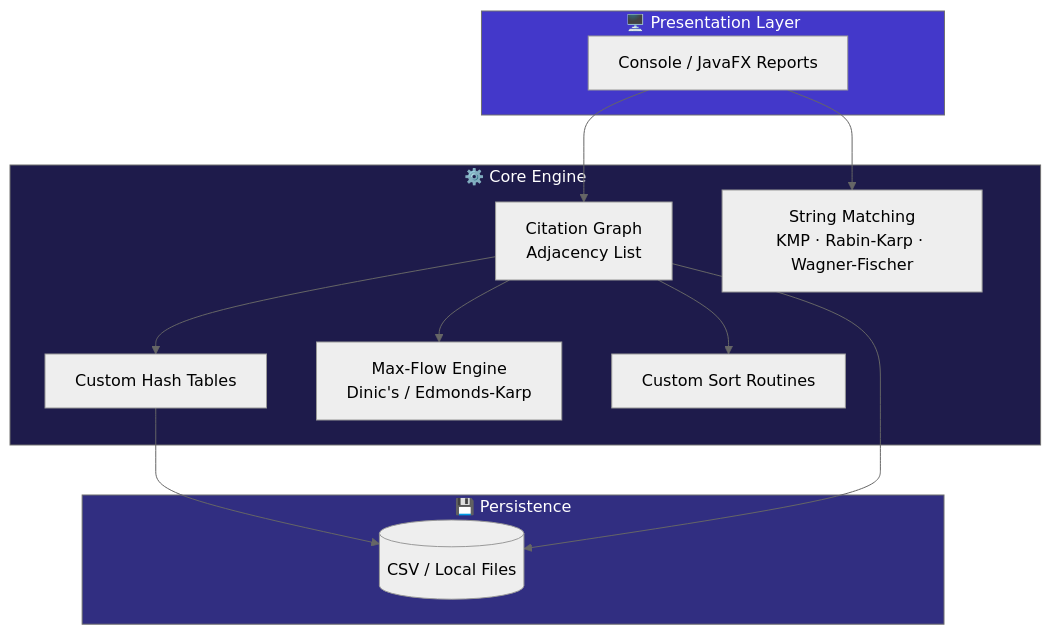
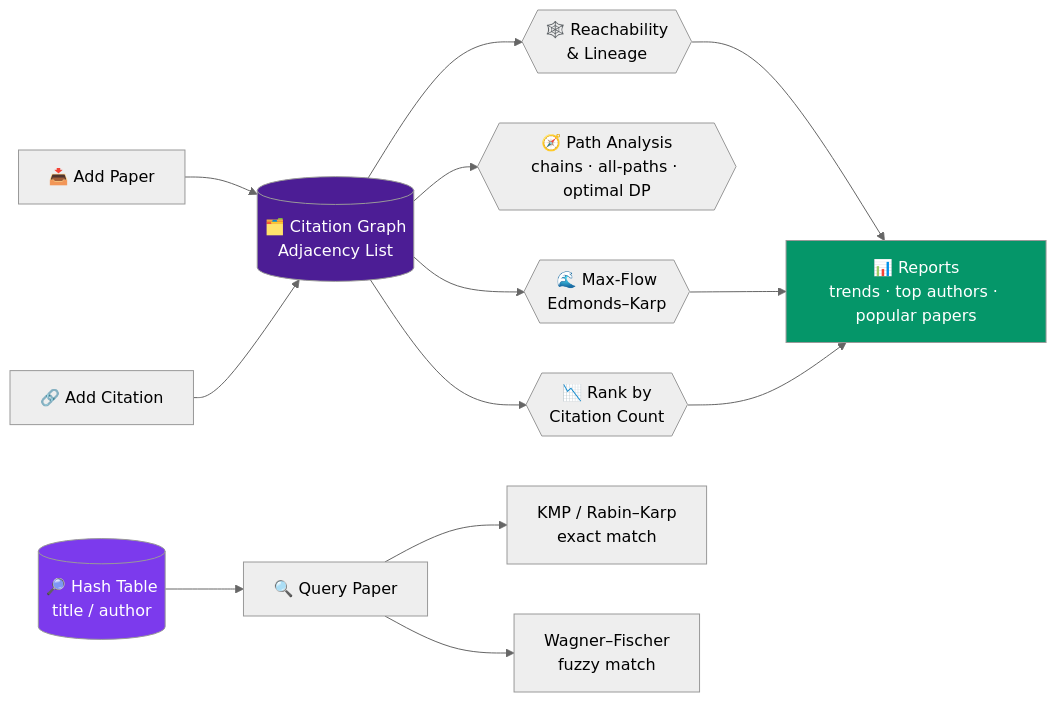
One commit to venkataramavinaybandla-crypto/DSA-3_Projects changed the third of 5 diagrams in README.md. Above: the diagram before and after it, drawn with Mermaid (neutral theme). The commit also changed other lines of this file and 5 other files, not shown here.

````diff
--- a/README.md
+++ b/README.md
@@ -109,28 +220,19 @@
 ```mermaid
-graph TD
-    subgraph Presentation["🖥️ Presentation Layer"]
-        UI[Console / JavaFX Reports]
-    end
-    subgraph Core["⚙️ Core Engine"]
-        Graph[Citation Graph<br/>Adjacency List]
-        Hash[Custom Hash Tables]
-        Search[String Matching<br/>KMP · Rabin-Karp · Wagner-Fischer]
-        Flow[Max-Flow Engine<br/>Dinic's / Edmonds-Karp]
-        Sort[Custom Sort Routines]
-    end
-    subgraph Storage["💾 Persistence"]
-        CSV[(CSV / Local Files)]
-    end
+flowchart LR
+    A["📥 Add Paper"] --> G[("🗂️ Citation Graph<br/>Adjacency List")]
+    C["🔗 Add Citation"] --> G
+    G --> T{{"🕸️ Reachability<br/>& Lineage"}}
+    G --> P{{"🧭 Path Analysis<br/>chains · all-paths · optimal DP"}}
+    G --> F{{"🌊 Max-Flow<br/>Edmonds–Karp"}}
+    G --> S{{"📉 Rank by<br/>Citation Count"}}
+    H[("🔎 Hash Table<br/>title / author")] --> Q["🔍 Query Paper"]
+    Q --> KMP["KMP / Rabin–Karp<br/>exact match"]
+    Q --> WF["Wagner–Fischer<br/>fuzzy match"]
+    T --> R["📊 Reports<br/>trends · top authors · popular papers"]
+    F --> R
+    S --> R
 
-    UI --> Graph
-    UI --> Search
-    Graph --> Hash
-    Graph --> Flow
-    Graph --> Sort
-    Hash --> CSV
-    Graph --> CSV
-
-    style Core fill:#1e1b4b,color:#fff
-    style Storage fill:#312e81,color:#fff
-    style Presentation fill:#4338ca,color:#fff
+    style G fill:#4c1d95,color:#fff
+    style H fill:#7c3aed,color:#fff
+    style R fill:#059669,color:#fff
 ```
````
